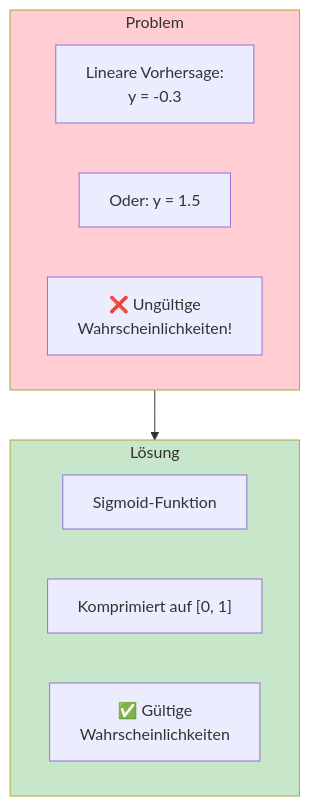
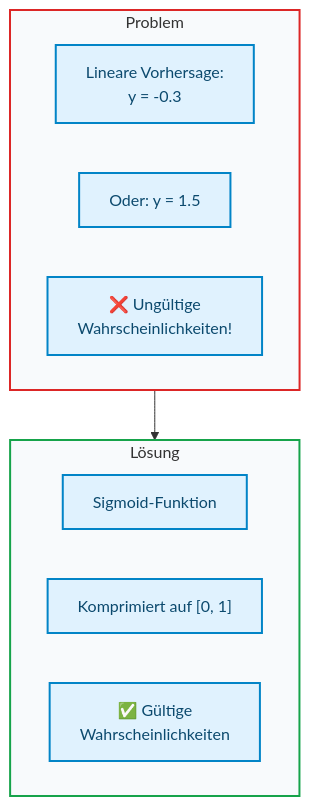
The sixth of 9 diagrams in docs/concepts/modeling/regression.md (ralf-42/ML_Intro), drawn with Mermaid before and after one commit. The commit also changed other lines of this file and 67 other files, not shown here.

````diff
--- a/docs/concepts/modeling/regression.md
+++ b/docs/concepts/modeling/regression.md
@@ -303,21 +305,22 @@
 ```mermaid
 flowchart TB
     subgraph problem["Problem"]
         direction LR
         P1["Lineare Vorhersage:<br/>y = -0.3"]
         P2["Oder: y = 1.5"]
         P3["❌ Ungültige<br/>Wahrscheinlichkeiten!"]
     end
     
     subgraph solution["Lösung"]
         direction LR
         S1["Sigmoid-Funktion"]
         S2["Komprimiert auf [0, 1]"]
         S3["✅ Gültige<br/>Wahrscheinlichkeiten"]
     end
     
     problem --> solution
-    
-    style problem fill:#ffcdd2
-    style solution fill:#c8e6c9
+
+    classDef default fill:#e0f2fe,stroke:#0284c7,stroke-width:2px,color:#0c4a6e;
+    style problem fill:#f8fafc,stroke:#dc2626,stroke-width:2px
+    style solution fill:#f8fafc,stroke:#16a34a,stroke-width:2px
 ```
````
